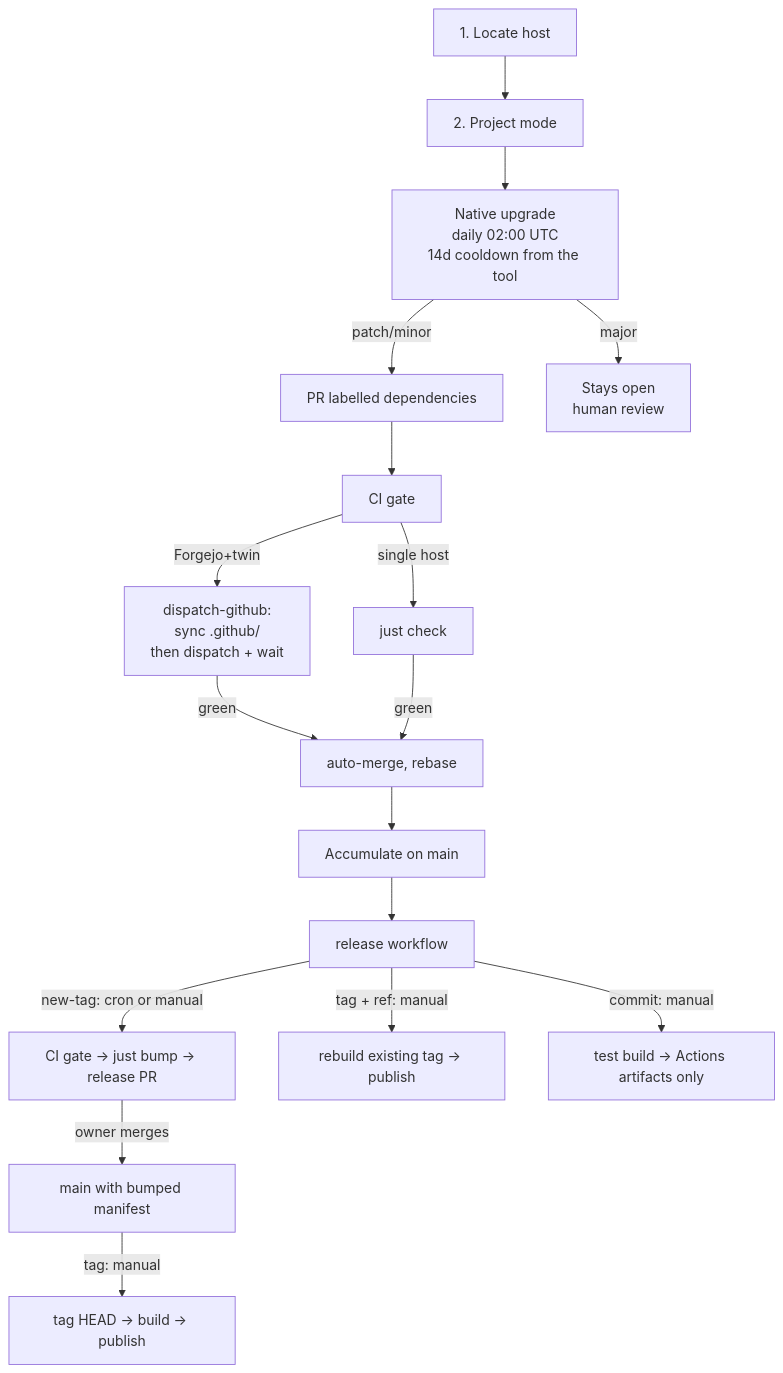
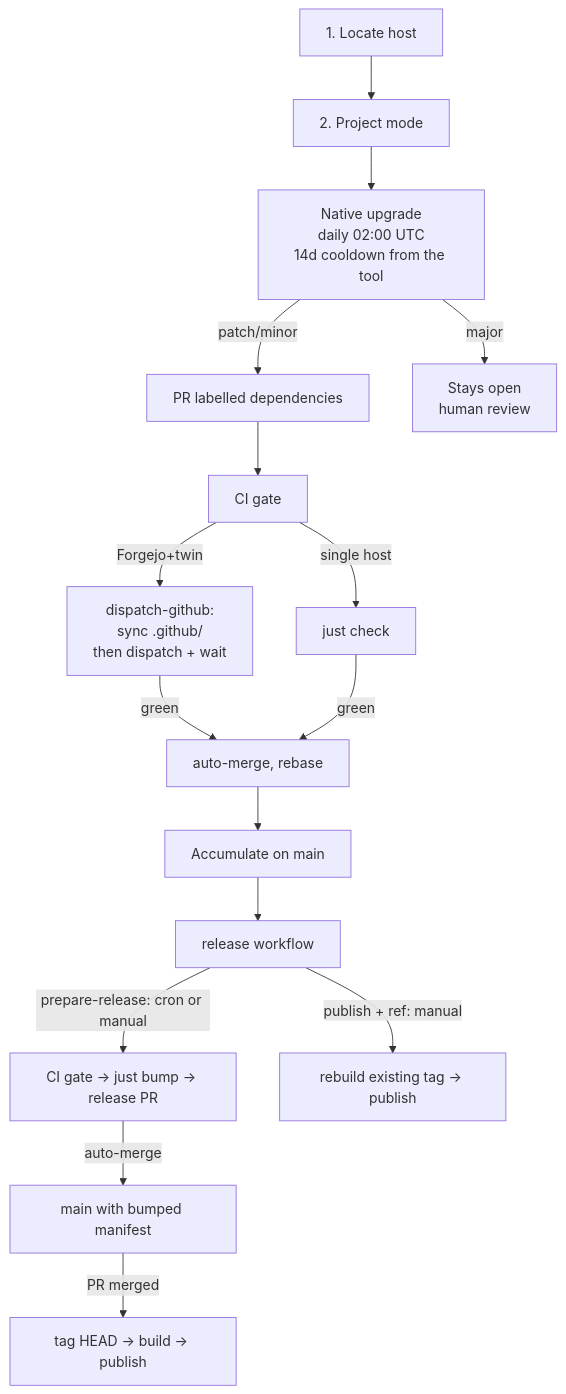
One commit to Delnegend/dotfiles changed the diagram in dot_agents/skills/autonomous-upgrade/SKILL.md. Above: the diagram before and after it, drawn with Mermaid. The commit also changed other lines of this file and 3 other files, not shown here.

First line of the commit message:
docs(skill): two-flow release (prepare-release + publish on merge)

````diff
--- a/dot_agents/skills/autonomous-upgrade/SKILL.md
+++ b/dot_agents/skills/autonomous-upgrade/SKILL.md
@@ -33,19 +33,18 @@
 ```mermaid
 flowchart TD
     Z[1. Locate host] --> Y[2. Project mode]
     Y --> A[Native upgrade<br/>daily 02:00 UTC<br/>14d cooldown from the tool]
     A -->|patch/minor| B[PR labelled dependencies]
     A -->|major| C[Stays open<br/>human review]
     B --> D[CI gate]
     D -->|Forgejo+twin| D2[dispatch-github:<br/>sync .github/<br/>then dispatch + wait]
     D -->|single host| D3[just check]
     D2 -->|green| E[auto-merge, rebase]
     D3 -->|green| E
     E --> F[Accumulate on main]
     F --> G[release workflow]
-    G -->|new-tag: cron or manual| H[CI gate -> just bump -> release PR]
-    H -->|owner merges| H2[main with bumped manifest]
-    H2 -->|tag: manual| I[tag HEAD -> build -> publish]
-    G -->|tag + ref: manual| I2[rebuild existing tag -> publish]
-    G -->|commit: manual| J[test build -> Actions artifacts only]
+    G -->|prepare-release: cron or manual| H[CI gate -> just bump -> release PR]
+    H -->|auto-merge| H2[main with bumped manifest]
+    H2 -->|PR merged| I[tag HEAD -> build -> publish]
+    G -->|publish + ref: manual| I2[rebuild existing tag -> publish]
 ```
````
